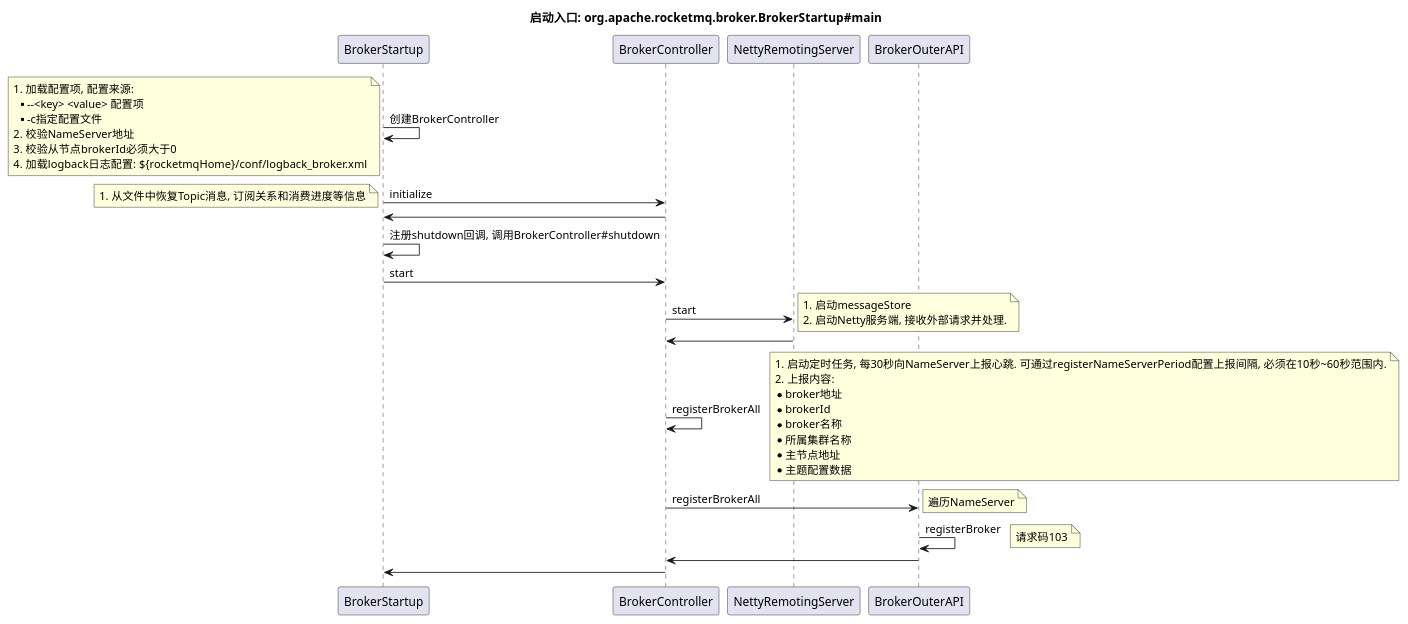
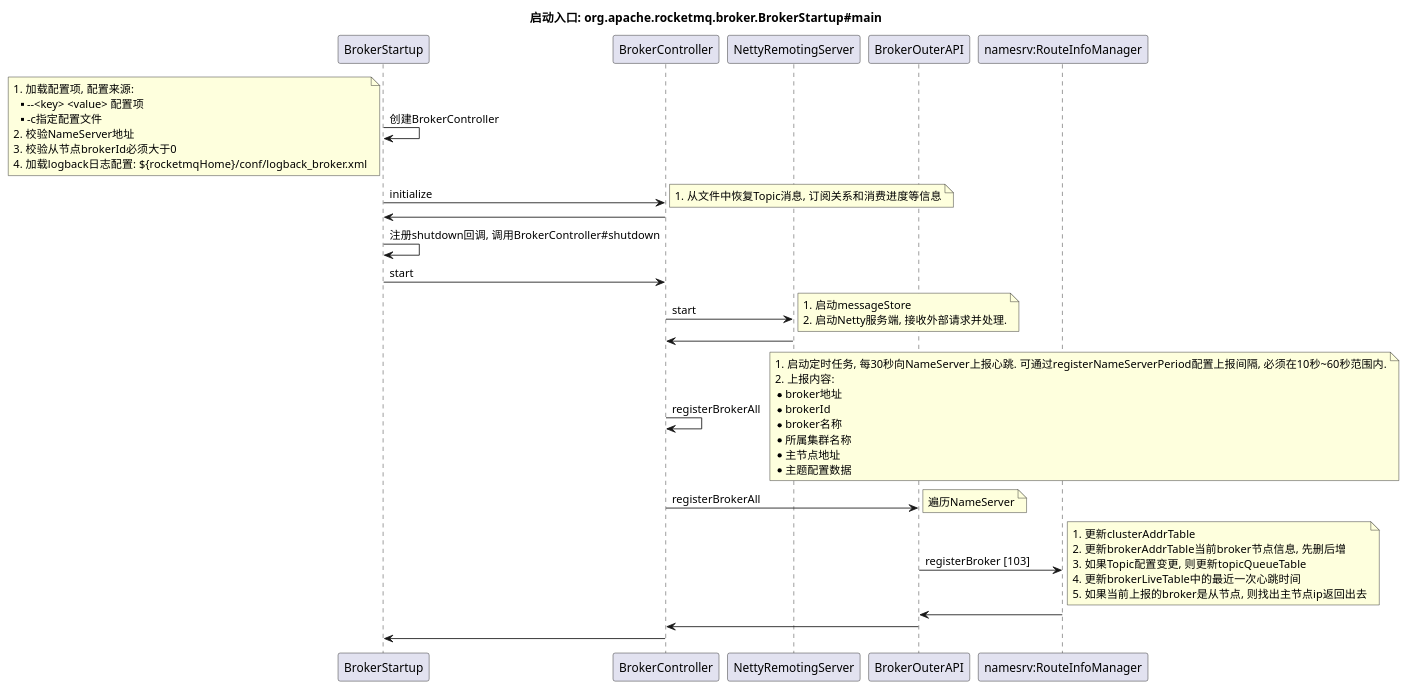
One commit to jjyyjjyy/cafebabe changed the diagram in notes/charts/rocketmq/BrokerStartup.puml. Above: the diagram before and after it, drawn with PlantUML. The commit also changed 3 other files, not shown here.

```diff
--- a/notes/charts/rocketmq/BrokerStartup.puml
+++ b/notes/charts/rocketmq/BrokerStartup.puml
@@ -1,52 +1,59 @@
 @startuml
 
 title 启动入口: org.apache.rocketmq.broker.BrokerStartup#main
 
 BrokerStartup -> BrokerStartup : 创建BrokerController
 note left
 # 加载配置项, 配置来源:
 ** --<key> <value> 配置项
 ** -c指定配置文件
 # 校验NameServer地址
 # 校验从节点brokerId必须大于0
 # 加载logback日志配置: ${rocketmqHome}/conf/logback_broker.xml
 end note
 
 BrokerStartup -> BrokerController : initialize
-note left
+note right
 # 从文件中恢复Topic消息, 订阅关系和消费进度等信息
 end note
 
 BrokerController -> BrokerStartup
 BrokerStartup -> BrokerStartup : 注册shutdown回调, 调用BrokerController#shutdown
 
 BrokerStartup -> BrokerController : start
 
 BrokerController -> NettyRemotingServer : start
 note right
 # 启动messageStore
 # 启动Netty服务端, 接收外部请求并处理.
 end note
 
 NettyRemotingServer -> BrokerController
 BrokerController -> BrokerController : registerBrokerAll
 note right
 # 启动定时任务, 每30秒向NameServer上报心跳. 可通过registerNameServerPeriod配置上报间隔, 必须在10秒~60秒范围内.
 # 上报内容:
 * broker地址
 * brokerId
 * broker名称
 * 所属集群名称
 * 主节点地址
 * 主题配置数据
 end note
 BrokerController -> BrokerOuterAPI : registerBrokerAll
 note right: 遍历NameServer
-BrokerOuterAPI -> BrokerOuterAPI : registerBroker
-note right: 请求码103
+BrokerOuterAPI -> "namesrv:RouteInfoManager" : registerBroker [103]
+note right
+# 更新clusterAddrTable
+# 更新brokerAddrTable当前broker节点信息, 先删后增
+# 如果Topic配置变更, 则更新topicQueueTable
+# 更新brokerLiveTable中的最近一次心跳时间
+# 如果当前上报的broker是从节点, 则找出主节点ip返回出去
+end note
 
+"namesrv:RouteInfoManager" -> BrokerOuterAPI
 BrokerOuterAPI -> BrokerController
 
 BrokerController -> BrokerStartup
 
 @enduml
```
